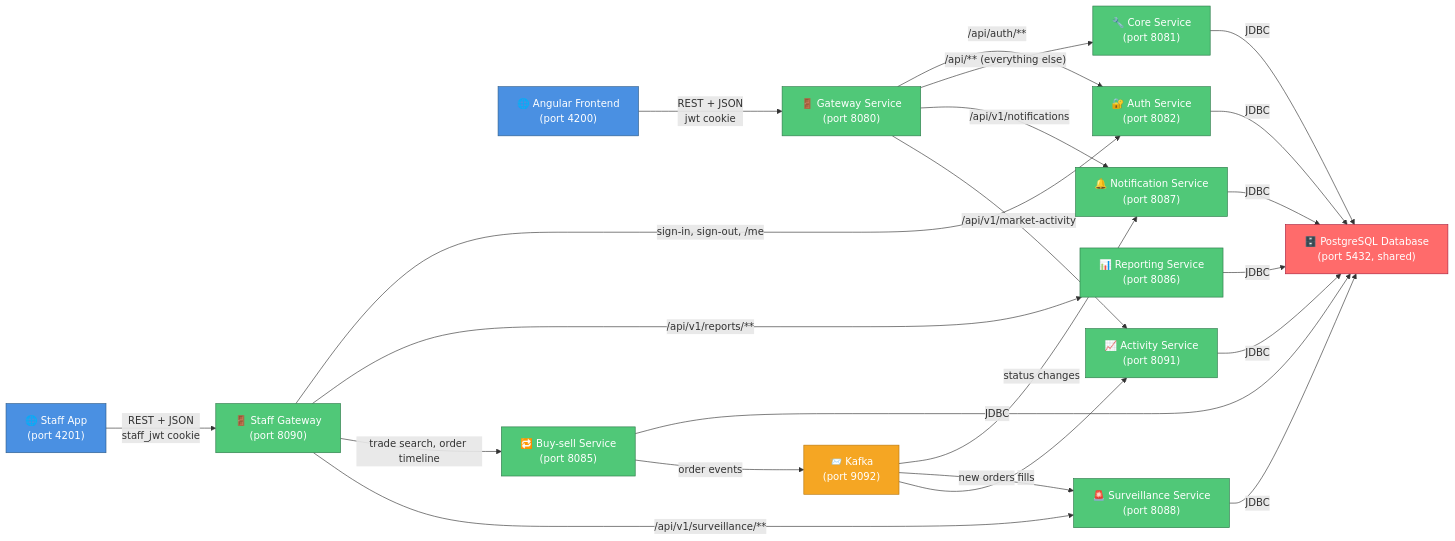
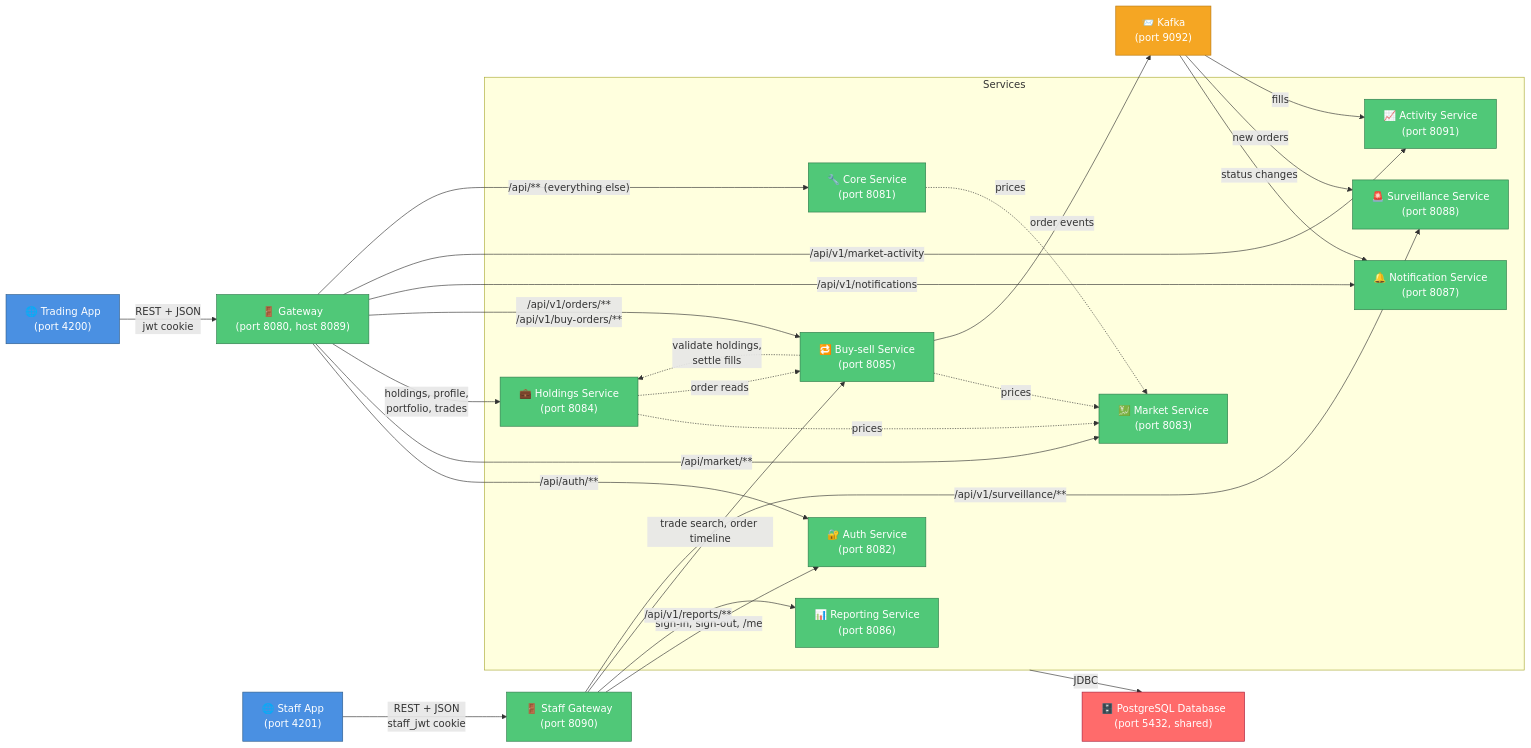
One commit to aditya0774/LeMarketJames changed the first of 5 diagrams in README.md. Above: the diagram before and after it, drawn with Mermaid. The commit also changed other lines of this file, not shown here.

Commit message:
updated README architecture and UML diagrams

````diff
--- a/README.md
+++ b/README.md
@@ -109,34 +129,53 @@
 ```mermaid
-graph LR
-    A["🌐 Angular Frontend<br/>(port 4200)"] -->|"REST + JSON<br/>jwt cookie"| G["🚪 Gateway Service<br/>(port 8080)"]
-    G -->|"/api/auth/**"| AU["🔐 Auth Service<br/>(port 8082)"]
-    G -->|"/api/** (everything else)"| CO["🔧 Core Service<br/>(port 8081)"]
-    AU -->|"JDBC"| C["🗄️ PostgreSQL Database<br/>(port 5432, shared)"]
-    CO -->|"JDBC"| C
+flowchart LR
+    A["🌐 Trading App<br/>(port 4200)"] -->|"REST + JSON<br/>jwt cookie"| G["🚪 Gateway<br/>(port 8080, host 8089)"]
     S["🌐 Staff App<br/>(port 4201)"] -->|"REST + JSON<br/>staff_jwt cookie"| SG["🚪 Staff Gateway<br/>(port 8090)"]
-    SG -->|"sign-in, sign-out, /me"| AU
-    SG -->|"/api/v1/reports/**"| RE["📊 Reporting Service<br/>(port 8086)"]
-    SG -->|"trade search, order timeline"| BS["🔁 Buy-sell Service<br/>(port 8085)"]
-    RE -->|"JDBC"| C
-    BS -->|"JDBC"| C
-    BS -->|"order events"| K["📨 Kafka<br/>(port 9092)"]
-    K -->|"status changes"| NO["🔔 Notification Service<br/>(port 8087)"]
-    K -->|"new orders"| SU["🚨 Surveillance Service<br/>(port 8088)"]
-    K -->|"fills"| AC["📈 Activity Service<br/>(port 8091)"]
+
+    subgraph SV["Services"]
+        AU["🔐 Auth Service<br/>(port 8082)"]
+        CO["🔧 Core Service<br/>(port 8081)"]
+        MK["💹 Market Service<br/>(port 8083)"]
+        HO["💼 Holdings Service<br/>(port 8084)"]
+        BS["🔁 Buy-sell Service<br/>(port 8085)"]
+        RE["📊 Reporting Service<br/>(port 8086)"]
+        NO["🔔 Notification Service<br/>(port 8087)"]
+        SU["🚨 Surveillance Service<br/>(port 8088)"]
+        AC["📈 Activity Service<br/>(port 8091)"]
+    end
+
+    G -->|"/api/auth/**"| AU
+    G -->|"/api/market/**"| MK
+    G -->|"holdings, profile,<br/>portfolio, trades"| HO
+    G -->|"/api/v1/orders/**<br/>/api/v1/buy-orders/**"| BS
     G -->|"/api/v1/notifications"| NO
     G -->|"/api/v1/market-activity"| AC
+    G -->|"/api/** (everything else)"| CO
+
+    SG -->|"sign-in, sign-out, /me"| AU
+    SG -->|"/api/v1/reports/**"| RE
+    SG -->|"trade search, order timeline"| BS
     SG -->|"/api/v1/surveillance/**"| SU
-    NO -->|"JDBC"| C
-    SU -->|"JDBC"| C
-    AC -->|"JDBC"| C
+
+    CO -.->|"prices"| MK
+    HO -.->|"prices"| MK
+    BS -.->|"prices"| MK
+    BS -.->|"validate holdings,<br/>settle fills"| HO
+    HO -.->|"order reads"| BS
+
+    BS -->|"order events"| K["📨 Kafka<br/>(port 9092)"]
+    K -->|"status changes"| NO
+    K -->|"new orders"| SU
+    K -->|"fills"| AC
+
+    SV -->|"JDBC"| C["🗄️ PostgreSQL Database<br/>(port 5432, shared)"]
 
     classDef frontend fill:#4A90E2,stroke:#2E5C8A,color:#fff
     classDef backend fill:#50C878,stroke:#2D7A4A,color:#fff
     classDef database fill:#FF6B6B,stroke:#A91D3A,color:#fff
     classDef broker fill:#F5A623,stroke:#B9770E,color:#fff
 
     class A,S frontend
-    class G,SG,AU,CO,RE,BS,NO,SU,AC backend
+    class G,SG,AU,CO,MK,HO,BS,RE,NO,SU,AC backend
     class C database
     class K broker
 ```
````
